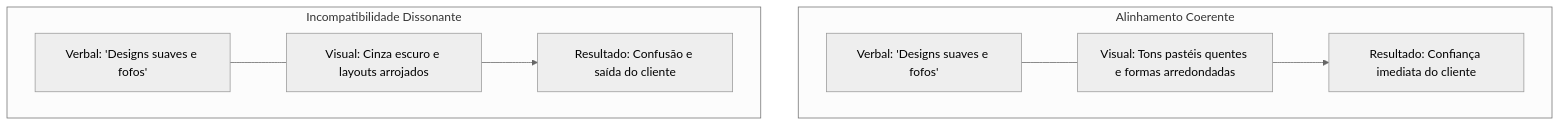
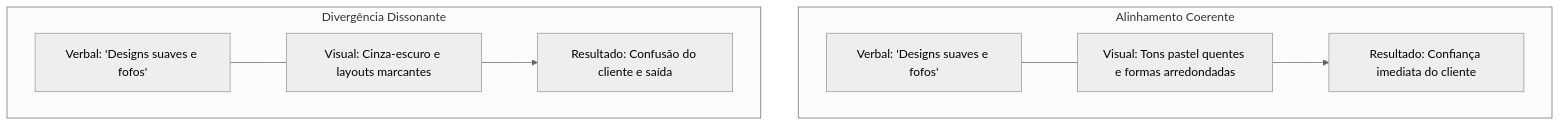
The diagram in knowledge-base/collections/namespaces/portal/locales/pt-BR/docs/workspaces/studio/explanation/methodology/branding-principles.mdx (tupynambalucas/tupynambalucas), drawn with Mermaid (neutral theme) before and after one commit. The commit also changed other lines of this file, not shown here.

````diff
--- a/knowledge-base/collections/namespaces/portal/locales/pt-BR/docs/workspaces/studio/explanation/methodology/branding-principles.mdx
+++ b/knowledge-base/collections/namespaces/portal/locales/pt-BR/docs/workspaces/studio/explanation/methodology/branding-principles.mdx
@@ -41,13 +41,13 @@
 ```mermaid
 graph TD
     direction TD
     subgraph Coherent ["Alinhamento Coerente"]
-        A["Verbal: 'Designs suaves e fofos'"] --- B["Visual: Tons pastéis quentes e formas arredondadas"]
+        A["Verbal: 'Designs suaves e fofos'"] --- B["Visual: Tons pastel quentes e formas arredondadas"]
         B --> C["Resultado: Confiança imediata do cliente"]
     end
 
-    subgraph Dissonant ["Incompatibilidade Dissonante"]
-        D["Verbal: 'Designs suaves e fofos'"] --- E["Visual: Cinza escuro e layouts arrojados"]
-        E --> F["Resultado: Confusão e saída do cliente"]
+    subgraph Dissonant ["Divergência Dissonante"]
+        D["Verbal: 'Designs suaves e fofos'"] --- E["Visual: Cinza-escuro e layouts marcantes"]
+        E --> F["Resultado: Confusão do cliente e saída"]
     end
 ```
````
